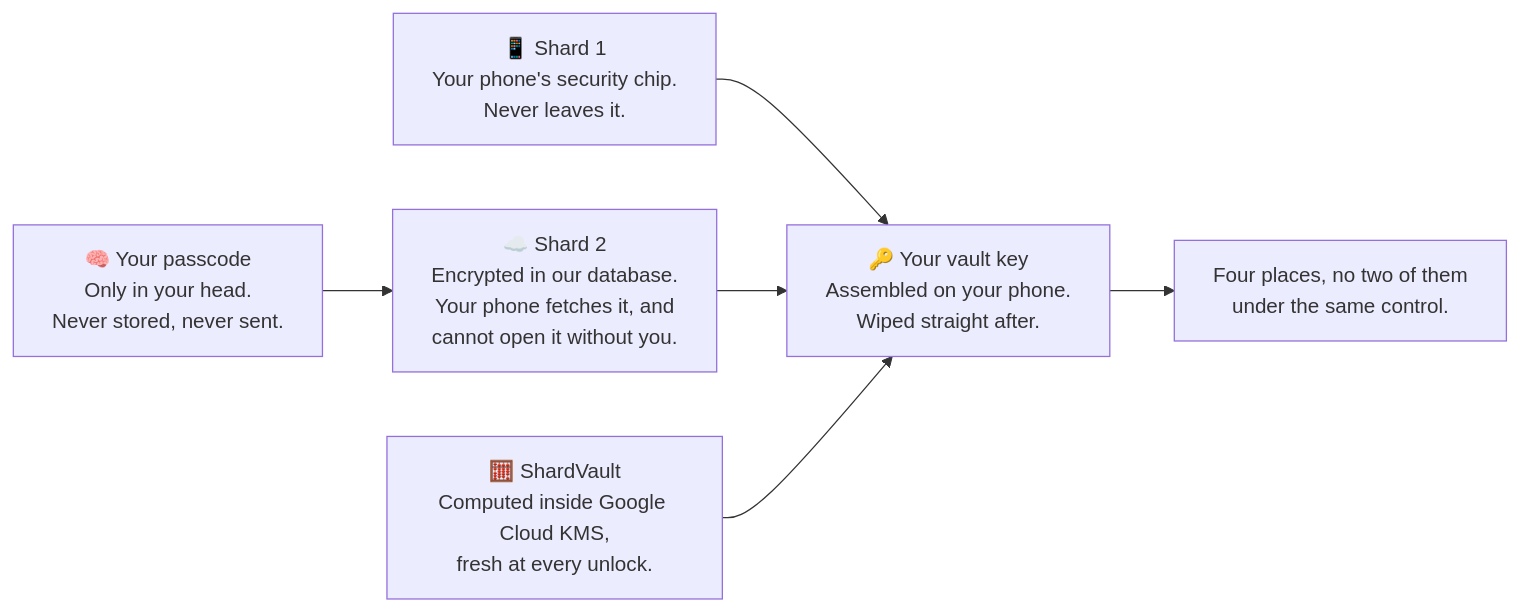
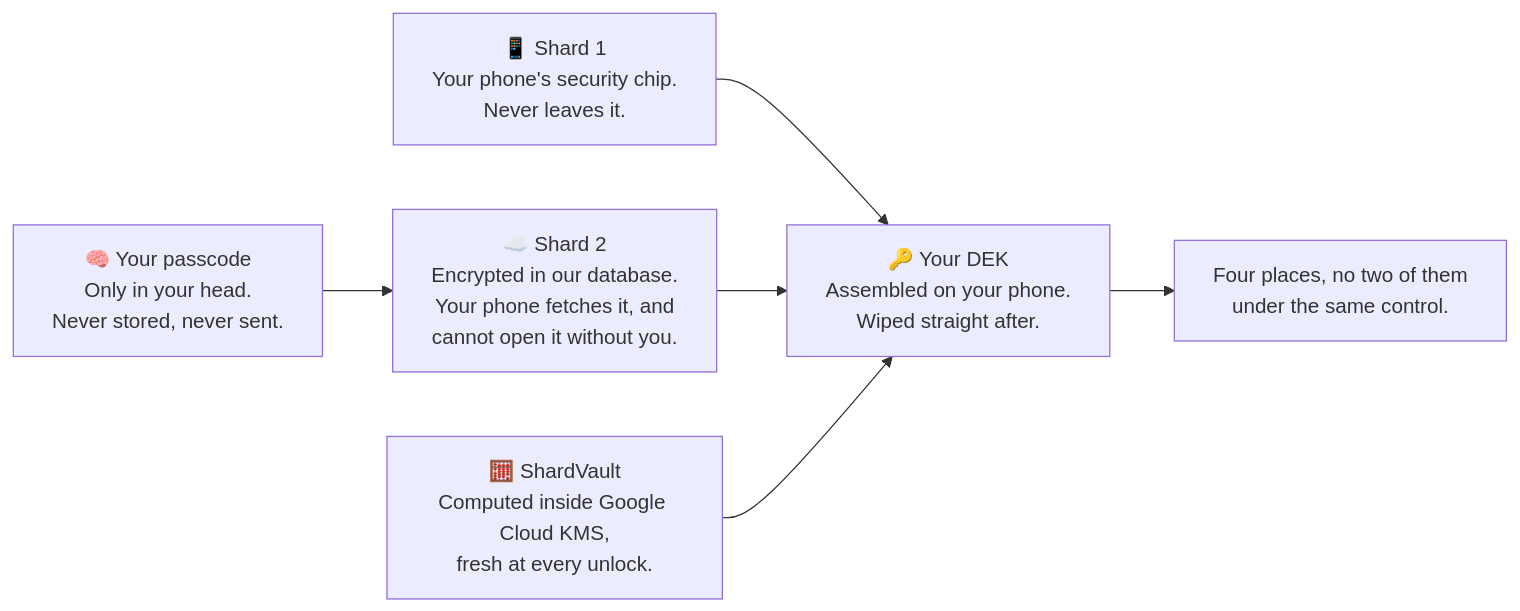
One commit to TuPhung369/passwordepic-website changed the first of 4 diagrams in docs/how-it-works.md. Above: the diagram before and after it, drawn with Mermaid. The commit also changed other lines of this file and 22 other files, not shown here.

````diff
--- a/docs/how-it-works.md
+++ b/docs/how-it-works.md
@@ -22,10 +23,10 @@
 ```mermaid
 flowchart LR
   P["🧠 Your passcode<br/>Only in your head.<br/>Never stored, never sent."] --> S2
   S2["☁️ Shard 2<br/>Encrypted in our database.<br/>Your phone fetches it, and<br/>cannot open it without you."]
   S1["📱 Shard 1<br/>Your phone's security chip.<br/>Never leaves it."] --> KEY
   S2 --> KEY
   S3["🧮 ShardVault<br/>Computed inside Google Cloud KMS,<br/>fresh at every unlock."] --> KEY
-  KEY["🔑 Your vault key<br/>Assembled on your phone.<br/>Wiped straight after."]
+  KEY["🔑 Your DEK<br/>Assembled on your phone.<br/>Wiped straight after."]
   KEY --> N["Four places, no two of them<br/>under the same control."]
 ```
````
